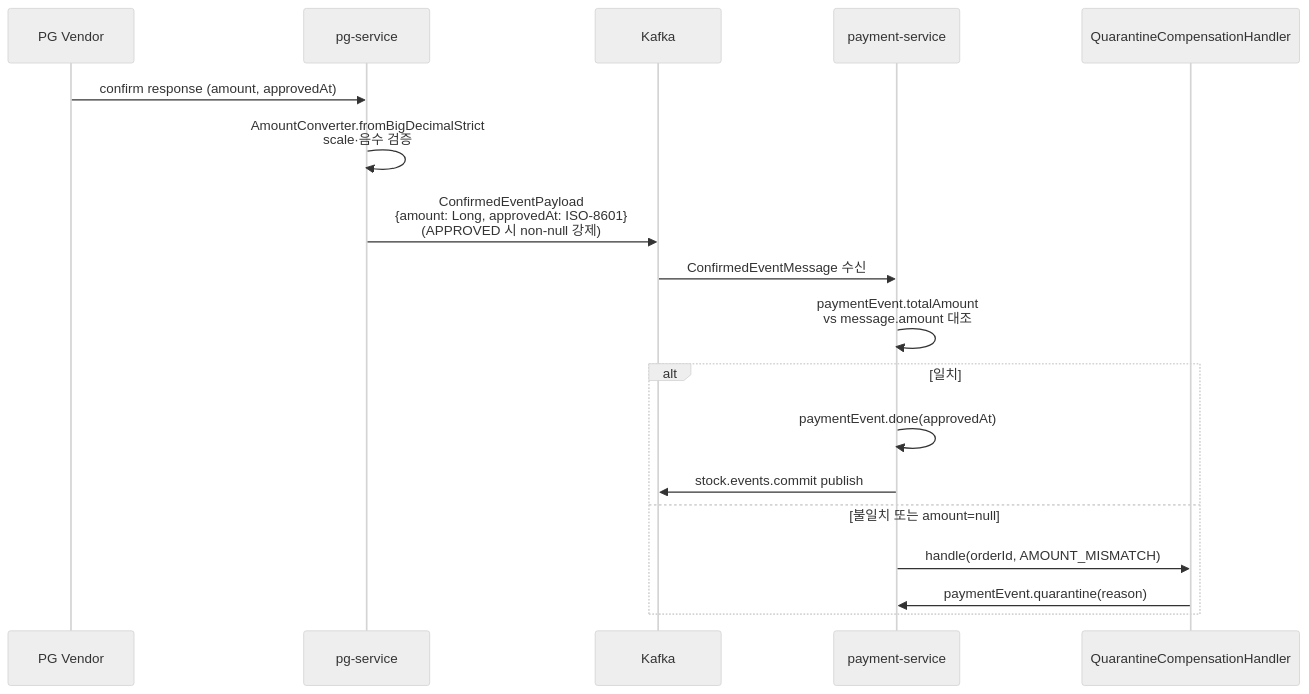
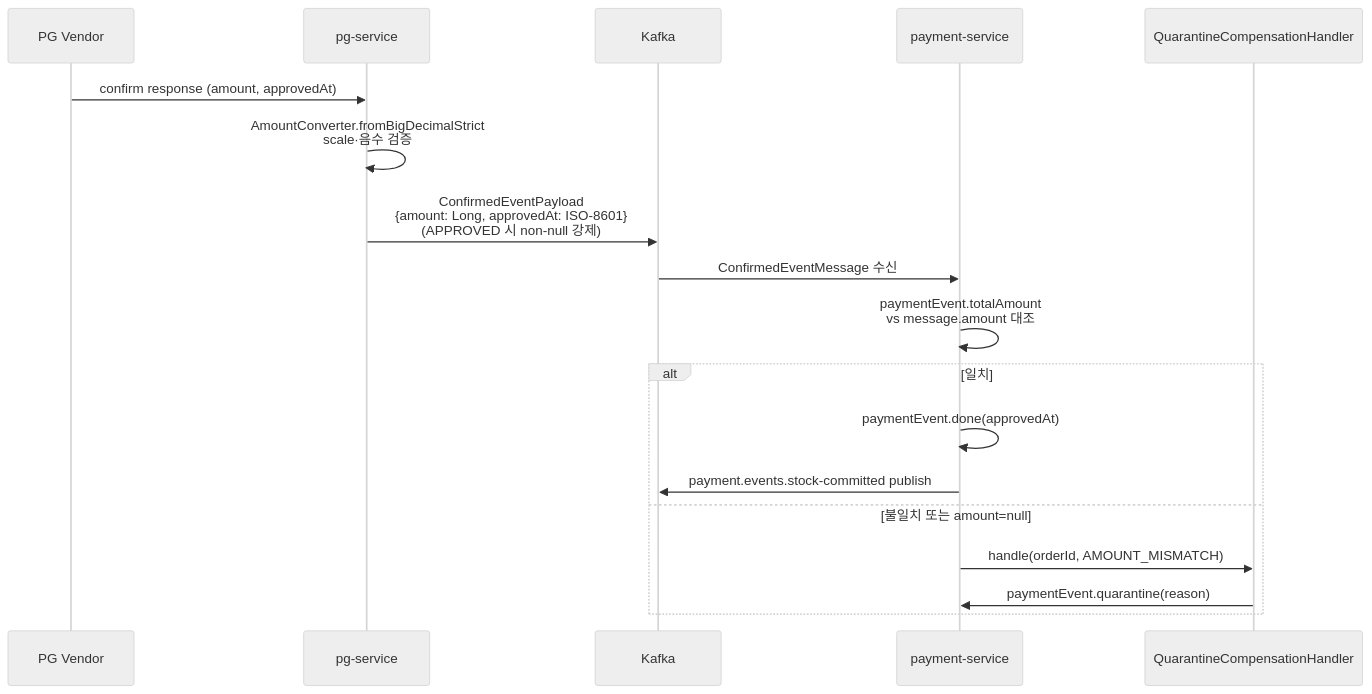
Before and after one commit to hyoguoo/payment-platform: the eighth of 9 diagrams in docs/context/CONFIRM-FLOW-FLOWCHART.md, drawn with Mermaid (neutral theme). The commit also changed other lines of this file and 185 other files, not shown here.

First line of the commit message:
docs: 워크플로우 식별자 / ADR 키워드 / 폐기 클래스 잔재 일괄 정리

````diff
--- a/docs/context/CONFIRM-FLOW-FLOWCHART.md
+++ b/docs/context/CONFIRM-FLOW-FLOWCHART.md
@@ -158,22 +158,22 @@
 ```mermaid
 sequenceDiagram
     participant Vendor as PG Vendor
     participant Pg as pg-service
     participant K as Kafka
     participant Pay as payment-service
     participant Quar as QuarantineCompensationHandler
 
     Vendor->>Pg: confirm response (amount, approvedAt)
     Pg->>Pg: AmountConverter.fromBigDecimalStrict<br/>scale·음수 검증
     Pg->>K: ConfirmedEventPayload<br/>{amount: Long, approvedAt: ISO-8601}<br/>(APPROVED 시 non-null 강제)
     K->>Pay: ConfirmedEventMessage 수신
     Pay->>Pay: paymentEvent.totalAmount<br/>vs message.amount 대조
 
     alt 일치
         Pay->>Pay: paymentEvent.done(approvedAt)
-        Pay->>K: stock.events.commit publish
+        Pay->>K: payment.events.stock-committed publish
     else 불일치 또는 amount=null
         Pay->>Quar: handle(orderId, AMOUNT_MISMATCH)
         Quar->>Pay: paymentEvent.quarantine(reason)
     end
 ```
````
